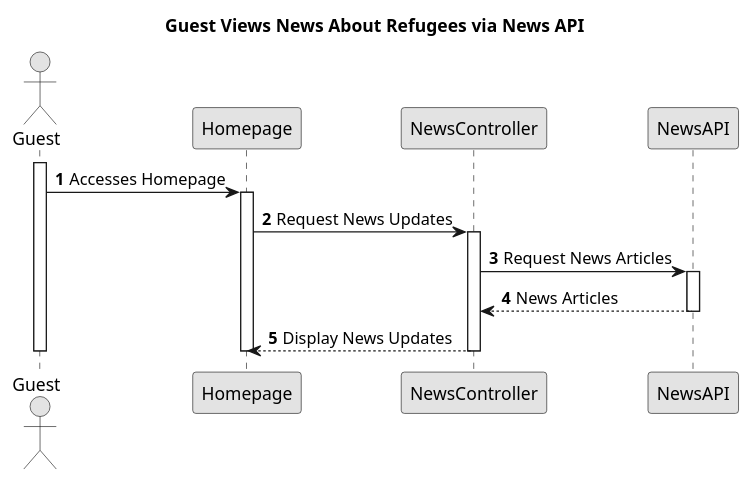
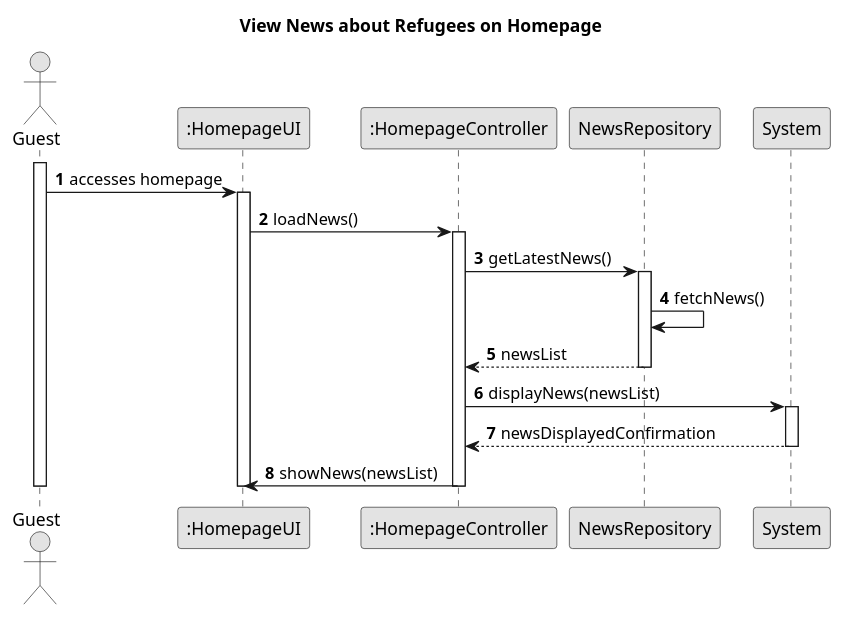
The diagram in Doc/use-Cases/uc012/sequenceDiagram/sequenceDiagram012.puml (kanzodotjava/RefugeeLINK), drawn with PlantUML before and after one commit. The commit also changed 25 other files, not shown here.

Commit message:
updates diagrams and a refugee controller

```diff
--- a/Doc/use-Cases/uc012/sequenceDiagram/sequenceDiagram012.puml
+++ b/Doc/use-Cases/uc012/sequenceDiagram/sequenceDiagram012.puml
@@ -1,34 +1,37 @@
 @startuml
 skinparam monochrome true
 skinparam packageStyle rectangle
 skinparam shadowing false
 
-title Guest Views News About Refugees via News API
+title View News about Refugees on Homepage
 
 autonumber
 
 actor Guest
-participant "Homepage" as HP
-participant "NewsController" as NewsCtrl
-participant "NewsAPI" as NewsAPI
+participant ":HomepageUI" as ui
+participant ":HomepageController" as ctrl
+participant "NewsRepository" as newsRepo
+participant "System" as system
 
 activate Guest
 
-Guest -> HP : Accesses Homepage
-activate HP
-
-HP -> NewsCtrl : Request News Updates
-activate NewsCtrl
-
-NewsCtrl -> NewsAPI : Request News Articles
-activate NewsAPI
-NewsAPI --> NewsCtrl : News Articles
-deactivate NewsAPI
-
-NewsCtrl --> HP : Display News Updates
-deactivate NewsCtrl
-deactivate HP
+    Guest -> ui : accesses homepage
+    activate ui
+        ui -> ctrl : loadNews()
+        activate ctrl
+            ctrl -> newsRepo : getLatestNews()
+            activate newsRepo
+                newsRepo -> newsRepo : fetchNews()
+                newsRepo --> ctrl : newsList
+            deactivate newsRepo
+            ctrl -> system : displayNews(newsList)
+            activate system
+                system --> ctrl : newsDisplayedConfirmation
+            deactivate system
+            ctrl -> ui : showNews(newsList)
+        deactivate ctrl
+    deactivate ui
 
 deactivate Guest
 
 @enduml
```
